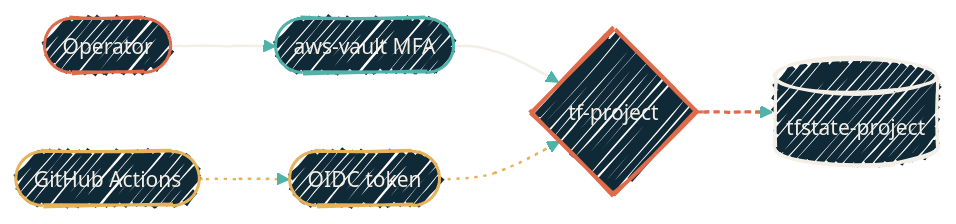
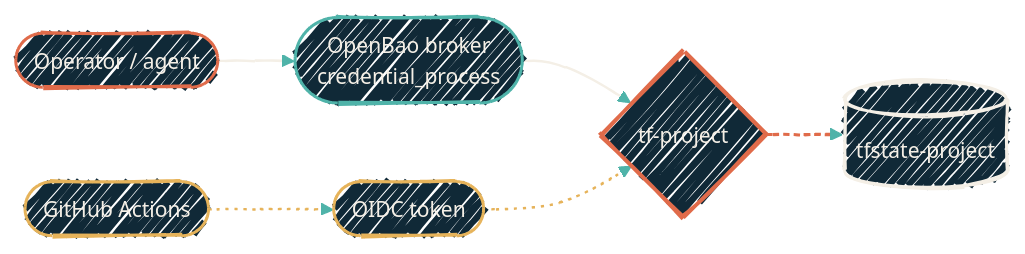
The diagram in infrastructure/tofu-aws/overview.mdx (dryvist/docs), drawn with Mermaid before and after one commit. The commit also changed other lines of this file and 6 other files, not shown here.

First line of the commit message:
docs(security): document the OpenBao AWS broker replacing aws-vault

````diff
--- a/infrastructure/tofu-aws/overview.mdx
+++ b/infrastructure/tofu-aws/overview.mdx
@@ -23,33 +23,33 @@
 ```mermaid
 %%{init: {'theme':'base','look':'handDrawn','themeVariables':{'fontFamily':'Geist','fontSize':'14px','primaryColor':'#102937','primaryTextColor':'#F4EFE6','primaryBorderColor':'#4FB3A9','lineColor':'#4FB3A9','secondaryColor':'#0B1D2A','tertiaryColor':'#1A2A38','clusterBkg':'rgba(79,179,169,0.08)','clusterBorder':'#4FB3A9'}}}%%
 flowchart LR
-  Op([Operator])
-  Vault([aws-vault MFA])
+  Op([Operator / agent])
+  Broker([OpenBao broker<br/>credential_process])
   CI([GitHub Actions])
   OIDC([OIDC token])
   Role{tf-project}
   Bucket[(tfstate-project)]
 
-  Op --> Vault --> Role
+  Op --> Broker --> Role
   CI --> OIDC --> Role
   Role --> Bucket
 
   classDef src      fill:#102937,stroke:#E06B4A,stroke-width:2px,color:#F4EFE6;
   classDef hop      fill:#102937,stroke:#4FB3A9,stroke-width:2px,color:#F4EFE6;
   classDef external fill:#102937,stroke:#E6B35A,stroke-width:2px,color:#F4EFE6;
   classDef gate     fill:#102937,stroke:#E06B4A,stroke-width:2.5px,color:#F4EFE6;
   classDef sink     fill:#102937,stroke:#F4EFE6,stroke-width:2px,color:#F4EFE6;
 
   class Op src
-  class Vault hop
+  class Broker hop
   class CI,OIDC external
   class Role gate
   class Bucket sink
 
   click Role "/infrastructure/tofu-aws/aws-bootstrap" "Bootstrap that provisions this role"
   click Bucket "/infrastructure/tofu-aws/consuming-repo" "How consuming repos wire to this bucket"
 
   linkStyle 0,1 stroke:#F4EFE6,stroke-width:1.5px;
   linkStyle 2,3 stroke:#E6B35A,stroke-width:1.5px,stroke-dasharray:2 4;
   linkStyle 4 stroke:#E06B4A,stroke-width:2px,stroke-dasharray:4 3;
 ```
````
